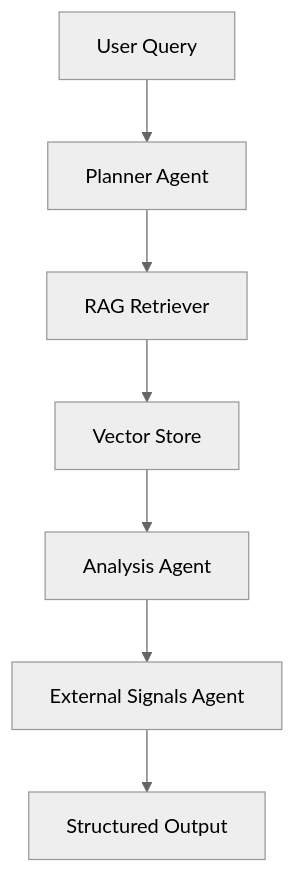
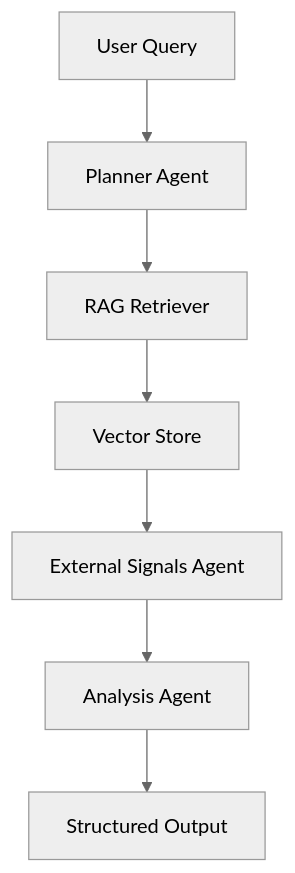
One commit to Orshimon810/geopolitical-risk-agent changed the diagram in README.md. Above: the diagram before and after it, drawn with Mermaid (neutral theme). The commit also changed other lines of this file, not shown here.

````diff
--- a/README.md
+++ b/README.md
@@ -25,9 +25,9 @@
 ```mermaid
 flowchart TD
     A[User Query] --> B[Planner Agent]
     B --> C[RAG Retriever]
     C --> D[Vector Store]
-    D --> E[Analysis Agent]
-    E --> F[External Signals Agent]
+    D --> E[External Signals Agent]
+    E --> F[Analysis Agent]
     F --> G[Structured Output]
 ```
````
